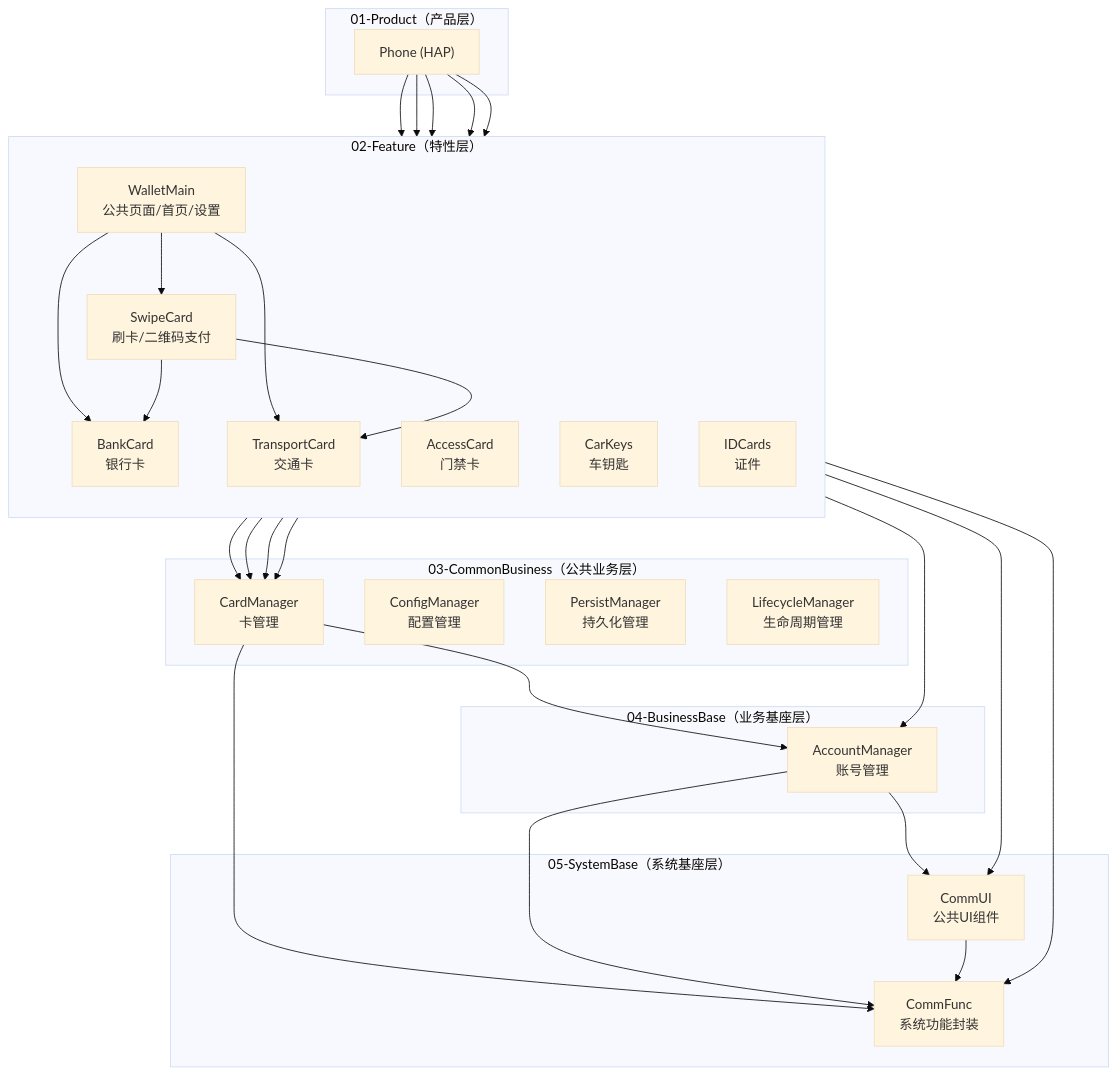
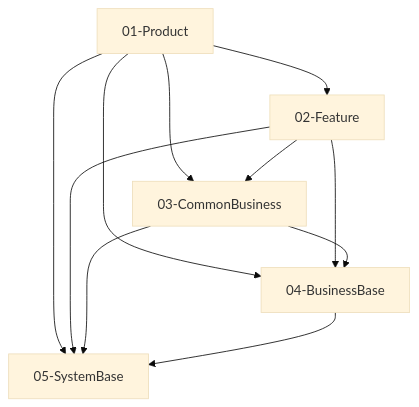
Before and after one commit to sqsqsq/SimulatedWalletForHmos: the diagram in doc/architecture.md, drawn with Mermaid (base theme). The commit also changed other lines of this file and 12 other files, not shown here.

````diff
--- a/doc/architecture.md
+++ b/doc/architecture.md
@@ -13,59 +29,18 @@
 ```mermaid
 graph TD
-    subgraph L1["01-Product（产品层）"]
-        Phone["Phone (HAP)"]
-    end
-
-    subgraph L2["02-Feature（特性层）"]
-        direction TB
-        WalletMain["WalletMain\n公共页面/首页/设置"]
-        SwipeCard["SwipeCard\n刷卡/二维码支付"]
-        BankCard["BankCard\n银行卡"]
-        TransportCard["TransportCard\n交通卡"]
-        AccessCard["AccessCard\n门禁卡"]
-        CarKeys["CarKeys\n车钥匙"]
-        IDCards["IDCards\n证件"]
-    end
-
-    subgraph L3["03-CommonBusiness（公共业务层）"]
-        CardMgr["CardManager\n卡管理"]
-        ConfigMgr["ConfigManager\n配置管理"]
-        PersistMgr["PersistManager\n持久化管理"]
-        LifecycleMgr["LifecycleManager\n生命周期管理"]
-    end
-
-    subgraph L4["04-BusinessBase（业务基座层）"]
-        AccountMgr["AccountManager\n账号管理"]
-    end
-
-    subgraph L5["05-SystemBase（系统基座层）"]
-        CommFunc["CommFunc\n系统功能封装"]
-        CommUI["CommUI\n公共UI组件"]
-    end
-
-    Phone --> WalletMain
-    Phone --> SwipeCard
-    Phone --> BankCard
-    Phone --> TransportCard
-    Phone --> AccessCard
-
-    WalletMain --> SwipeCard
-    WalletMain --> BankCard
-    WalletMain --> TransportCard
-    SwipeCard --> BankCard
-    SwipeCard --> TransportCard
-
-    WalletMain --> CardMgr
-    WalletMain --> AccountMgr
-    WalletMain --> CommFunc
-    WalletMain --> CommUI
-    SwipeCard --> CardMgr
-    BankCard --> CardMgr
-    TransportCard --> CardMgr
-
-    CardMgr --> AccountMgr
-    CardMgr --> CommFunc
-    AccountMgr --> CommFunc
-    AccountMgr --> CommUI
-    CommUI --> CommFunc
+  L1["01-Product"]
+  L2["02-Feature"]
+  L3["03-CommonBusiness"]
+  L4["04-BusinessBase"]
+  L5["05-SystemBase"]
+  L1 --> L2
+  L1 --> L3
+  L1 --> L4
+  L1 --> L5
+  L2 --> L3
+  L2 --> L4
+  L2 --> L5
+  L3 --> L4
+  L3 --> L5
+  L4 --> L5
 ```
````
